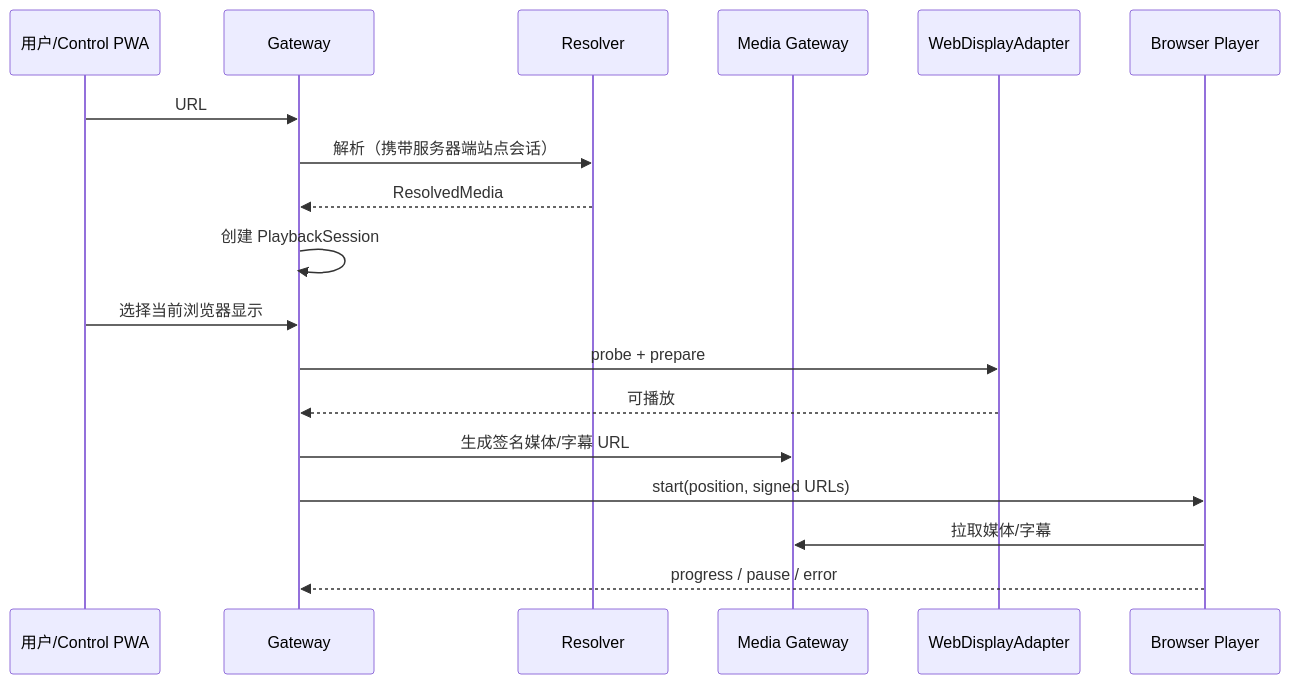
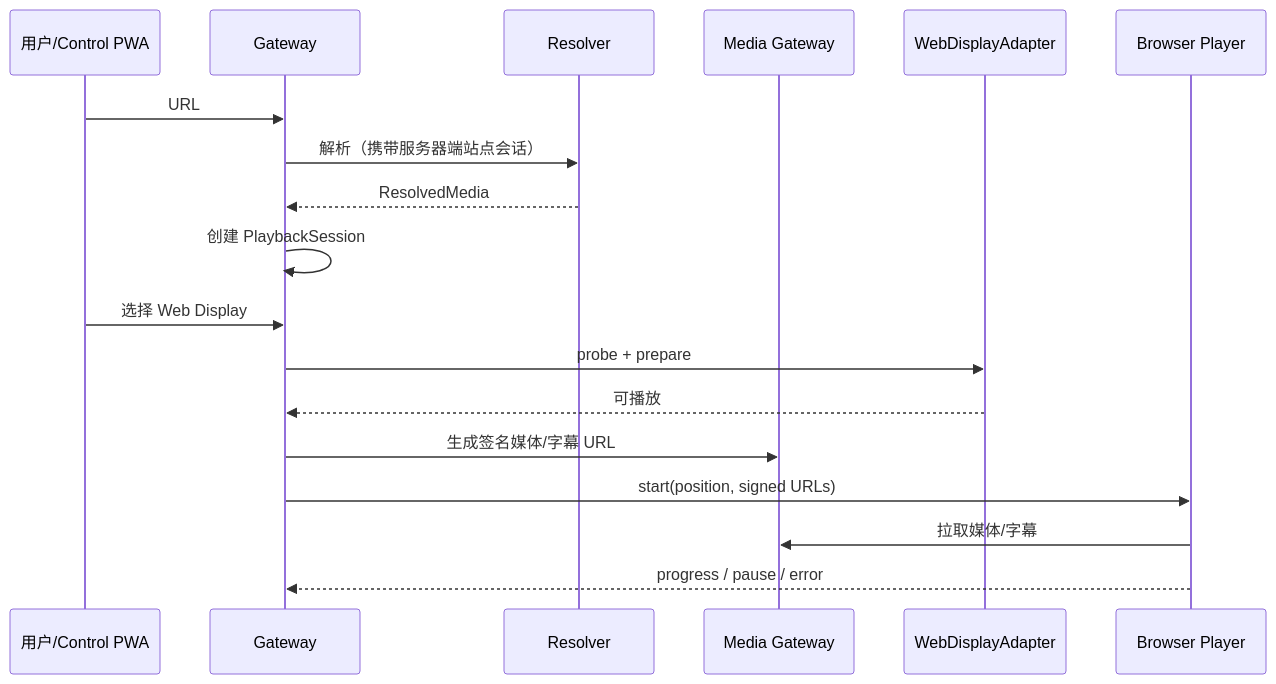
The third of 4 diagrams in docs/architecture.md (liqiangcc/jellyfin-web-media-gateway), drawn with Mermaid before and after one commit. The commit also changed other lines of this file and 5 other files, not shown here.

````diff
--- a/docs/architecture.md
+++ b/docs/architecture.md
@@ -233,20 +327,20 @@
 ```mermaid
 sequenceDiagram
     participant U as 用户/Control PWA
     participant G as Gateway
     participant R as Resolver
     participant P as Media Gateway
     participant W as WebDisplayAdapter
     participant B as Browser Player
     U->>G: URL
     G->>R: 解析（携带服务器端站点会话）
     R-->>G: ResolvedMedia
     G->>G: 创建 PlaybackSession
-    U->>G: 选择当前浏览器显示
+    U->>G: 选择 Web Display
     G->>W: probe + prepare
     W-->>G: 可播放
     G->>P: 生成签名媒体/字幕 URL
     G->>B: start(position, signed URLs)
     B->>P: 拉取媒体/字幕
     B-->>G: progress / pause / error
 ```
````
